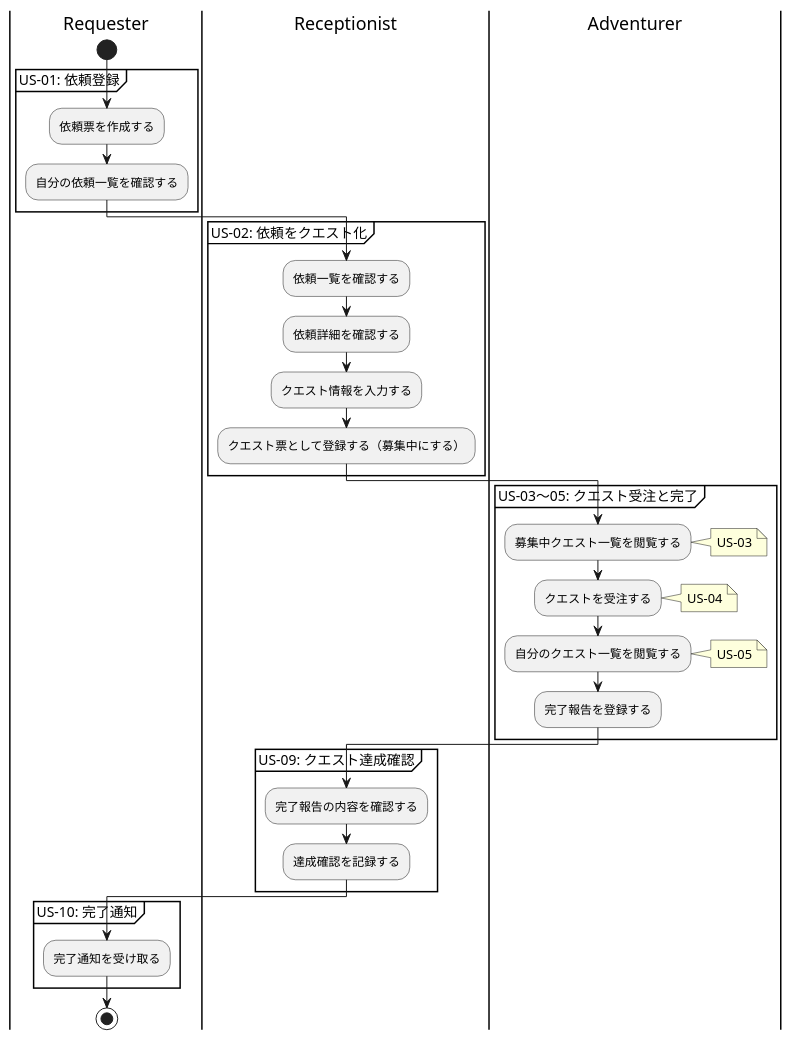
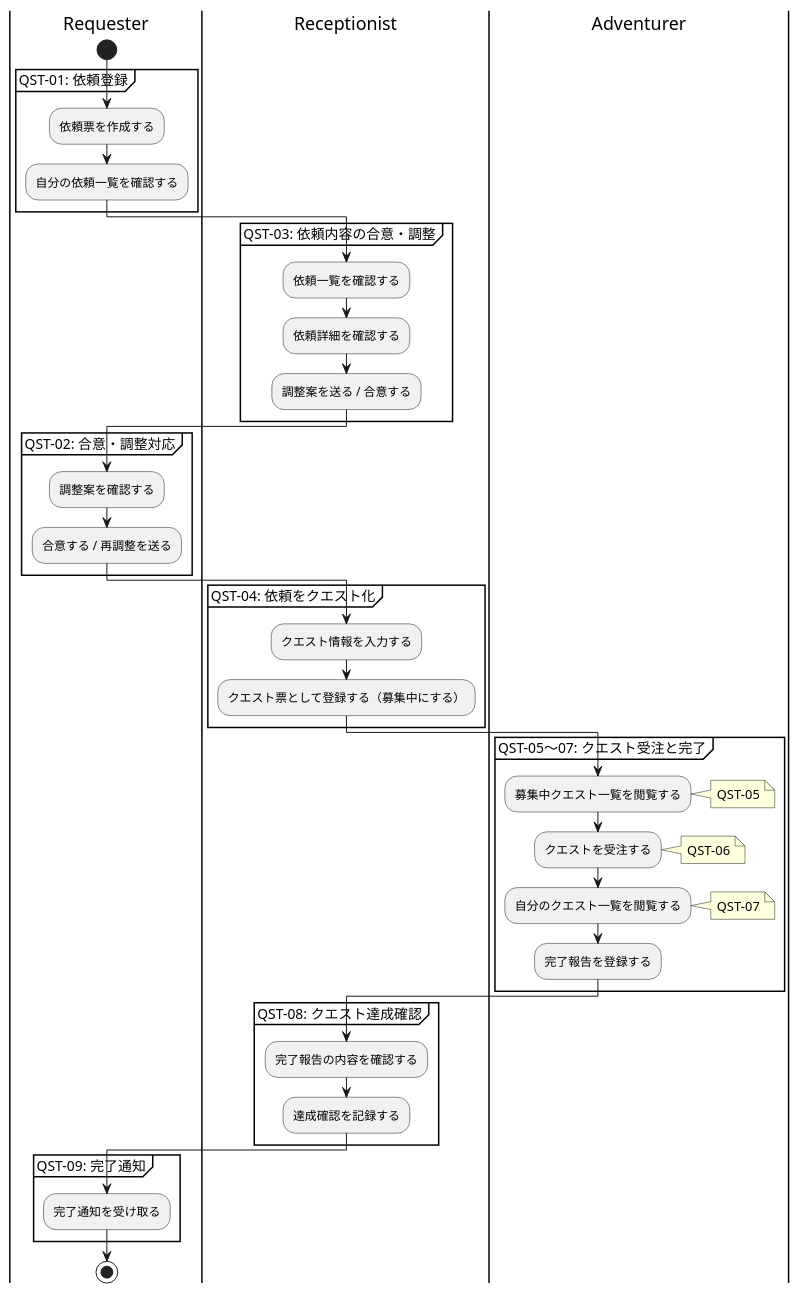
The first of 2 diagrams in docs/isekai-quest-agency.adoc (kazurego7/isekai-quest-agency), drawn with PlantUML before and after one commit. The commit also changed other lines of this file, not shown here.

```diff
--- a/docs/isekai-quest-agency.adoc
+++ b/docs/isekai-quest-agency.adoc
@@ -117,49 +127,60 @@
 [plantuml, target="story-swimlane-quest", format="svg"]
 ----
 @startuml
 
 |Requester|
 start
-group US-01: 依頼登録
+group QST-01: 依頼登録
   :依頼票を作成する;
   :自分の依頼一覧を確認する;
 end group
 
 |Receptionist|
-group US-02: 依頼をクエスト化
+group QST-03: 依頼内容の合意・調整
   :依頼一覧を確認する;
   :依頼詳細を確認する;
+  :調整案を送る / 合意する;
+end group
+
+|Requester|
+group QST-02: 合意・調整対応
+  :調整案を確認する;
+  :合意する / 再調整を送る;
+end group
+
+|Receptionist|
+group QST-04: 依頼をクエスト化
   :クエスト情報を入力する;
   :クエスト票として登録する（募集中にする）;
 end group
 
 |Adventurer|
-group US-03〜05: クエスト受注と完了
+group QST-05〜07: クエスト受注と完了
   :募集中クエスト一覧を閲覧する;
     note right
-        US-03
+        QST-05
     end note
   :クエストを受注する;
     note right
-        US-04
+        QST-06
     end note
   :自分のクエスト一覧を閲覧する;
     note right
-        US-05
+        QST-07
     end note
   :完了報告を登録する;
 end group
 
 |Receptionist|
-group US-09: クエスト達成確認
+group QST-08: クエスト達成確認
   :完了報告の内容を確認する;
   :達成確認を記録する;
 end group
 
 |Requester|
-group US-10: 完了通知
+group QST-09: 完了通知
   :完了通知を受け取る;
 end group
 stop
 @enduml
 ----
```
